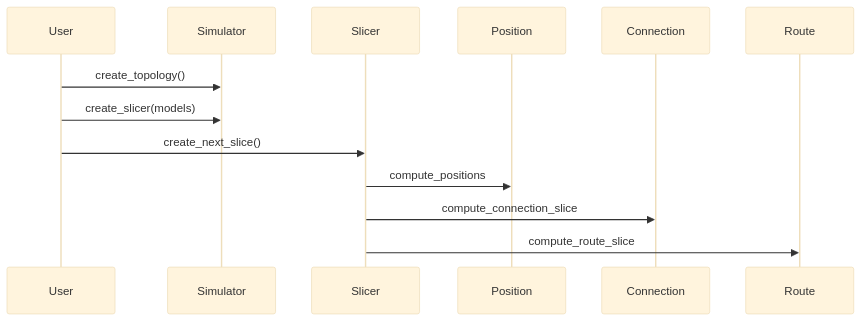
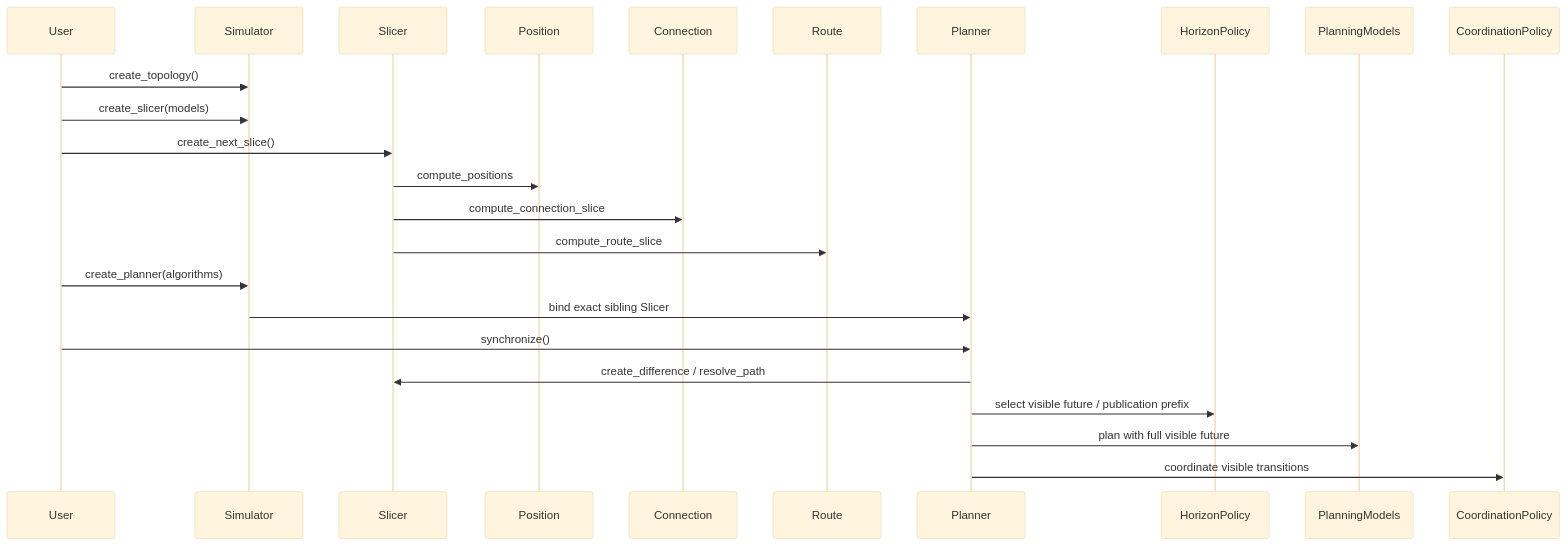
Before and after one commit to seed-labs/skyseed: the second of 2 diagrams in skyseed_v2/docs/human-readable/simulator-chain.md, drawn with Mermaid (base theme). The commit also changed other lines of this file and 64 other files, not shown here.

````diff
--- a/skyseed_v2/docs/human-readable/simulator-chain.md
+++ b/skyseed_v2/docs/human-readable/simulator-chain.md
@@ -20,15 +25,26 @@
 ```mermaid
 sequenceDiagram
     participant User
     participant Simulator
     participant Slicer
     participant Position
     participant Connection
     participant Route
+    participant Planner
+    participant HorizonPolicy
+    participant PlanningModels
+    participant CoordinationPolicy
     User->>Simulator: create_topology()
     User->>Simulator: create_slicer(models)
     User->>Slicer: create_next_slice()
     Slicer->>Position: compute_positions
     Slicer->>Connection: compute_connection_slice
     Slicer->>Route: compute_route_slice
+    User->>Simulator: create_planner(algorithms)
+    Simulator->>Planner: bind exact sibling Slicer
+    User->>Planner: synchronize()
+    Planner->>Slicer: create_difference / resolve_path
+    Planner->>HorizonPolicy: select visible future / publication prefix
+    Planner->>PlanningModels: plan with full visible future
+    Planner->>CoordinationPolicy: coordinate visible transitions
 ```
````
